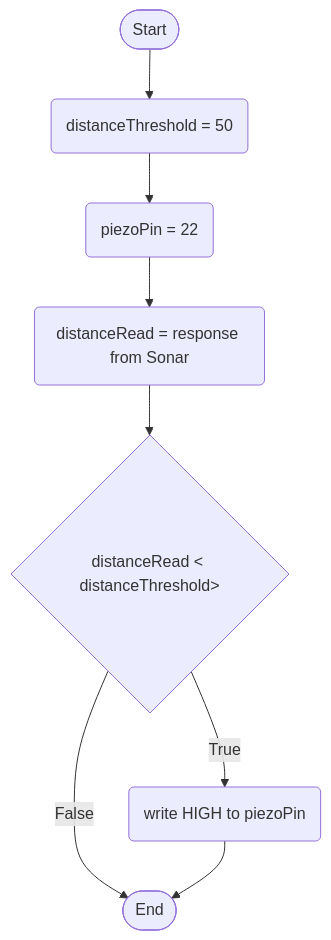
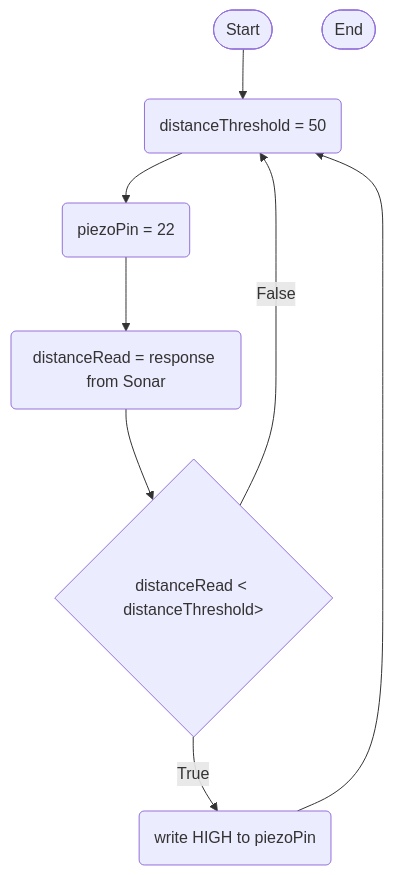
One commit to Saxonugfd7/ElectronicsBoard changed the first of 2 diagrams in logic.md. Above: the diagram before and after it, drawn with Mermaid.

````diff
--- a/logic.md
+++ b/logic.md
@@ -4,18 +4,18 @@
 ```mermaid
 flowchart TD
     terminalStart([Start])
     terminalEnd([End])
     thresholdSet(distanceThreshold = 50)
     setPiezoPin(piezoPin = 22)
     currentDistanceReading(distanceRead = response from Sonar)
     activatePiezo(write HIGH to piezoPin)
     ifDistanceLessThanThreshold{distanceRead < distanceThreshold>}
 
     terminalStart --> thresholdSet
     thresholdSet --> setPiezoPin
     setPiezoPin --> currentDistanceReading
     currentDistanceReading --> ifDistanceLessThanThreshold
     ifDistanceLessThanThreshold --> |True| activatePiezo
-    ifDistanceLessThanThreshold --> |False| terminalEnd
-    activatePiezo --> terminalEnd
+    ifDistanceLessThanThreshold --> |False| thresholdSet
+    activatePiezo --> thresholdSet
 ```
````
